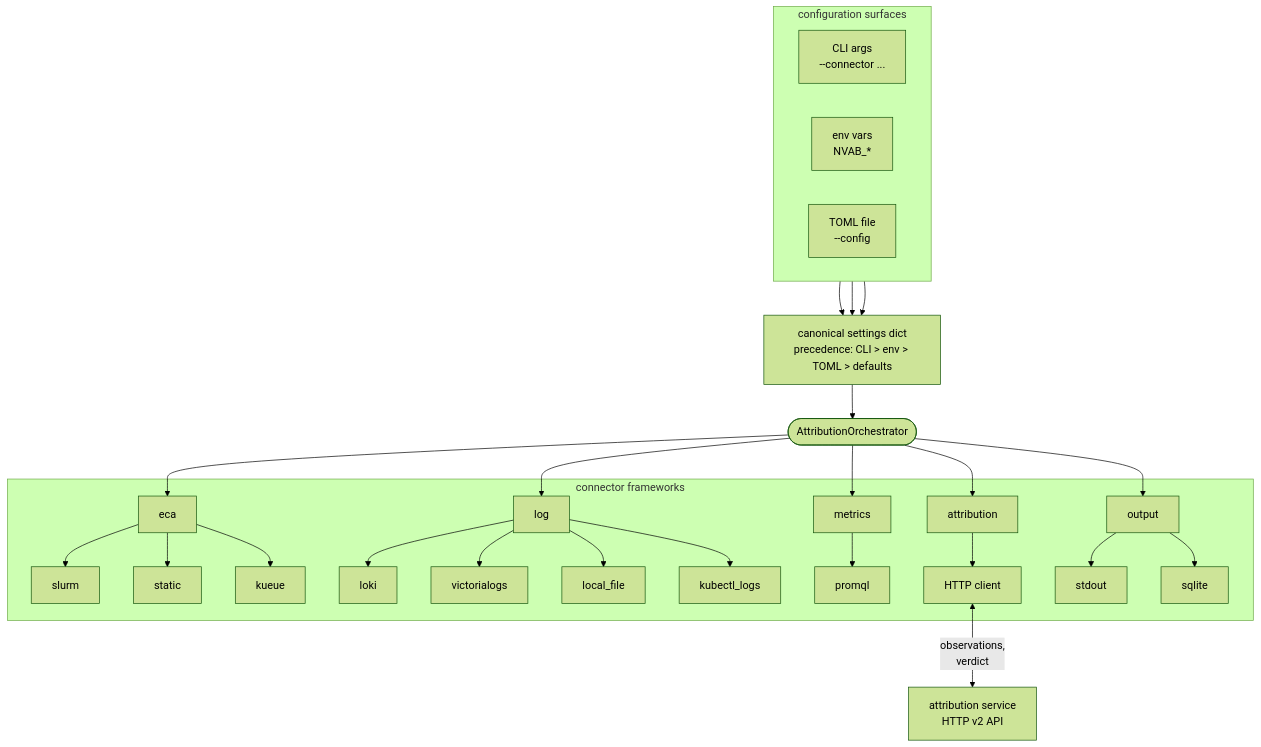
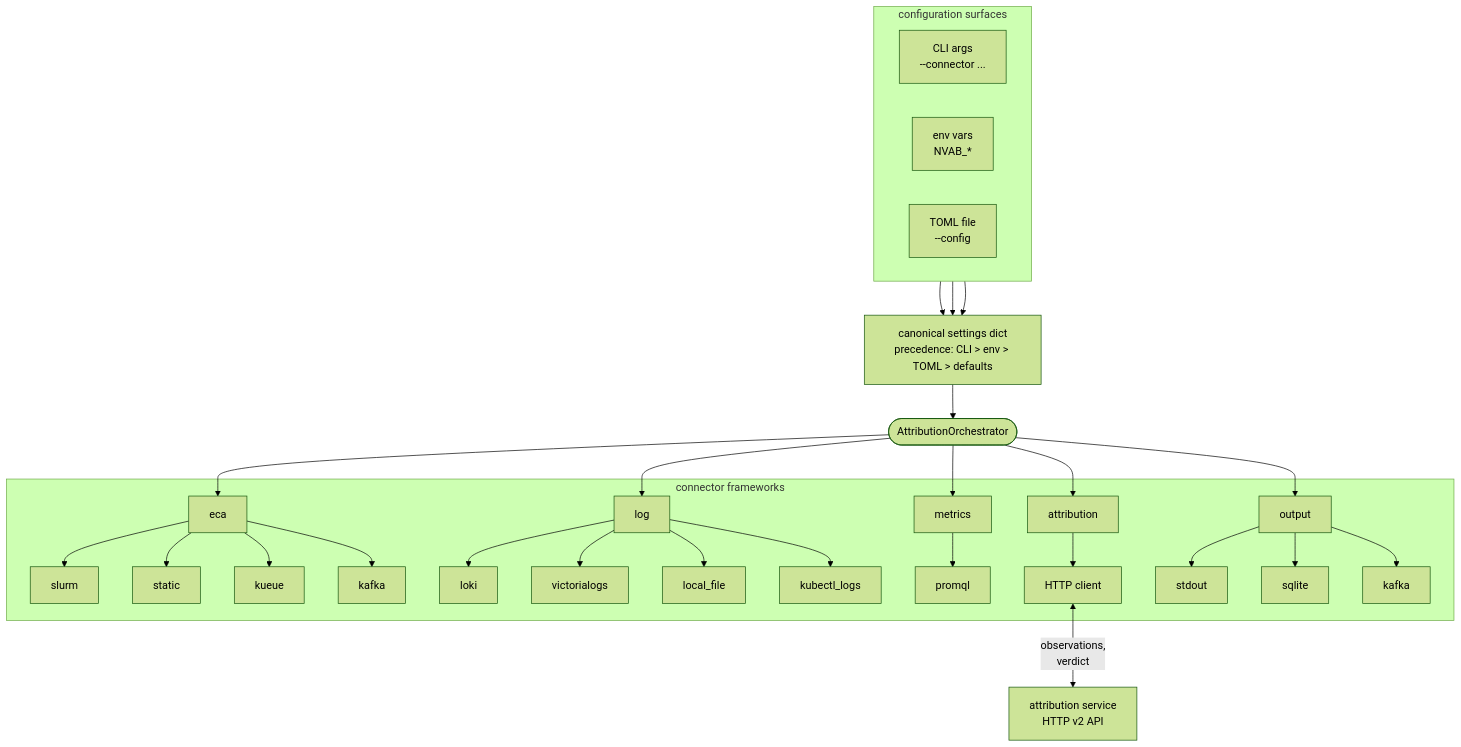
The diagram in docs/ARCHITECTURE.md (dsx-ai-factory/attribution), drawn with Mermaid (forest theme) before and after one commit. The commit also changed other lines of this file and 14 other files, not shown here.

````diff
--- a/docs/ARCHITECTURE.md
+++ b/docs/ARCHITECTURE.md
@@ -14,60 +14,64 @@
 ```mermaid
 flowchart TD
     subgraph cfg["configuration surfaces"]
         direction LR
         CLI[CLI args<br/>--connector ...]
         ENV[env vars<br/>NVAB_*]
         TOML[TOML file<br/>--config]
     end
 
     Settings[canonical settings dict<br/>precedence: CLI > env > TOML > defaults]
 
     Orch([AttributionOrchestrator])
 
     subgraph fw["connector frameworks"]
         ECA[eca]
         ECASlurm[slurm]
         ECAStatic[static]
         ECAKueue[kueue]
+        ECAKafka[kafka]
         ECA --> ECASlurm
         ECA --> ECAStatic
         ECA --> ECAKueue
+        ECA --> ECAKafka
 
         Log[log]
         LogLoki[loki]
         LogVictoriaLogs[victorialogs]
         LogLocal[local_file]
         LogKubectl[kubectl_logs]
         Log --> LogLoki
         Log --> LogVictoriaLogs
         Log --> LogLocal
         Log --> LogKubectl
 
         Met[metrics]
         MetProm[promql]
         Met --> MetProm
 
         Attr[attribution]
         AttrHTTP[HTTP client]
         Attr --> AttrHTTP
 
         Out[output]
         OutStdout[stdout]
         OutSqlite[sqlite]
+        OutKafka[kafka]
         Out --> OutStdout
         Out --> OutSqlite
+        Out --> OutKafka
     end
 
     Service[attribution service<br/>HTTP v2 API]
 
     CLI --> Settings
     ENV --> Settings
     TOML --> Settings
     Settings --> Orch
     Orch --> ECA
     Orch --> Log
     Orch --> Met
     Orch --> Attr
     Orch --> Out
     AttrHTTP <-->|observations,<br/>verdict| Service
 ```
````
